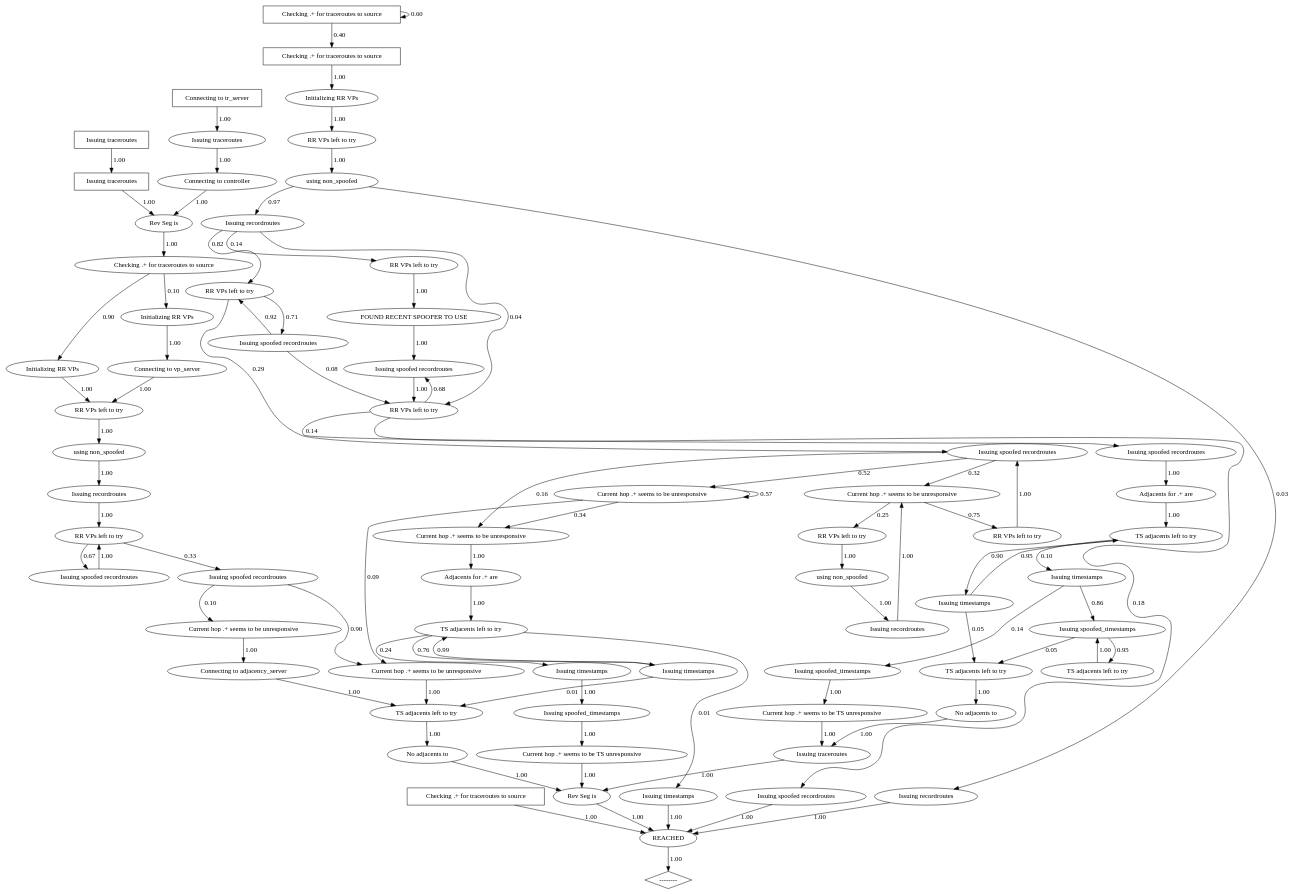
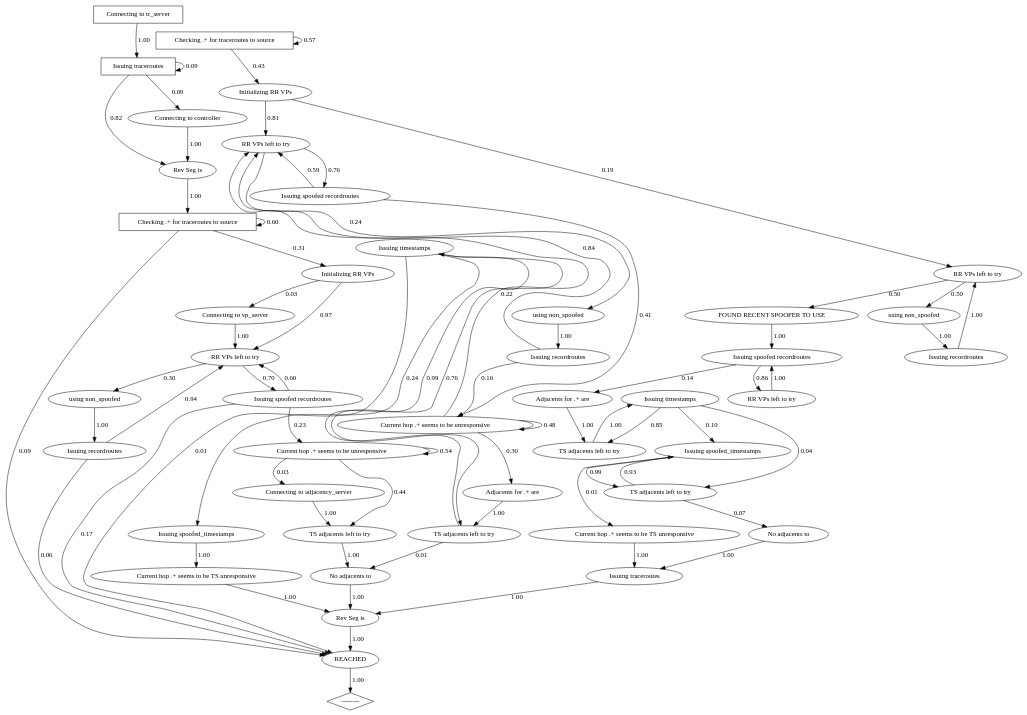
The diagram in output/reverseTraceroute/output.dot (ModelInference/synoptic), drawn with Graphviz before and after one commit. The commit also changed 4 other files, not shown here.

```diff
--- a/output/reverseTraceroute/output.dot
+++ b/output/reverseTraceroute/output.dot
@@ -1,156 +1,116 @@
 digraph {
-  1949589517 [label="Issuing recordroutes"];
-1949589517->496102288 [label="0.14", weight="0.14"];
-1949589517->2634125 [label="0.82", weight="0.82"];
-1949589517->1107264774 [label="0.04", weight="0.04"];
-  1901677475 [label="Checking .+ for traceroutes to source",shape=box];
-1901677475->805856089 [label="1.00", weight="1.00"];
-  2006746821 [label="Checking .+ for traceroutes to source",shape=box];
-2006746821->1901677475 [label="0.40", weight="0.40"];
-2006746821->2006746821 [label="0.60", weight="0.60"];
-  496102288 [label="RR VPs left to try"];
-496102288->1294712427 [label="1.00", weight="1.00"];
-  946479038 [label="REACHED"];
-946479038->593348385 [label="1.00", weight="1.00"];
-  1025601370 [label="Issuing spoofed recordroutes"];
-1025601370->2634125 [label="0.92", weight="0.92"];
-1025601370->1107264774 [label="0.08", weight="0.08"];
-  344326933 [label="Current hop .+ seems to be unresponsive"];
-344326933->997549142 [label="1.00", weight="1.00"];
-  1546867351 [label="No adjacents to"];
-1546867351->1783035748 [label="1.00", weight="1.00"];
-  805856089 [label="Initializing RR VPs"];
-805856089->2013138278 [label="1.00", weight="1.00"];
-  1374830890 [label="Issuing spoofed recordroutes"];
-1374830890->1107264774 [label="1.00", weight="1.00"];
-  657158900 [label="Checking .+ for traceroutes to source",shape=box];
-657158900->946479038 [label="1.00", weight="1.00"];
-  2071824233 [label="Issuing spoofed recordroutes"];
-2071824233->1205252169 [label="1.00", weight="1.00"];
-  307468946 [label="Issuing spoofed_timestamps"];
-307468946->1926235815 [label="1.00", weight="1.00"];
-  1926235815 [label="Current hop .+ seems to be TS unresponsive"];
-1926235815->1740598984 [label="1.00", weight="1.00"];
-  896545924 [label="Issuing timestamps"];
-896545924->2057836940 [label="0.01", weight="0.01"];
-896545924->990253721 [label="0.99", weight="0.99"];
-  997549142 [label="Adjacents for .+ are"];
-997549142->990253721 [label="1.00", weight="1.00"];
-  373882728 [label="Issuing timestamps"];
-373882728->1242350568 [label="0.05", weight="0.05"];
-373882728->590474163 [label="0.95", weight="0.95"];
-  990253721 [label="TS adjacents left to try"];
-990253721->989479912 [label="0.01", weight="0.01"];
-990253721->437942948 [label="0.24", weight="0.24"];
-990253721->896545924 [label="0.76", weight="0.76"];
-  1874717280 [label="Issuing spoofed_timestamps"];
-1874717280->764334724 [label="0.95", weight="0.95"];
-1874717280->1242350568 [label="0.05", weight="0.05"];
-  593348385 [label="--------",shape=diamond];
-  764334724 [label="TS adjacents left to try"];
-764334724->1874717280 [label="1.00", weight="1.00"];
-  1107264774 [label="RR VPs left to try"];
-1107264774->2071824233 [label="0.14", weight="0.14"];
-1107264774->1374830890 [label="0.68", weight="0.68"];
-1107264774->1790017034 [label="0.18", weight="0.18"];
-  557757116 [label="Current hop .+ seems to be unresponsive"];
-557757116->1080668767 [label="0.09", weight="0.09"];
-557757116->344326933 [label="0.34", weight="0.34"];
-557757116->557757116 [label="0.57", weight="0.57"];
-  1644911488 [label="Checking .+ for traceroutes to source"];
-1644911488->1884785139 [label="0.90", weight="0.90"];
-1644911488->784854229 [label="0.10", weight="0.10"];
-  29805724 [label="Connecting to vp_server"];
-29805724->1889382573 [label="1.00", weight="1.00"];
-  1650558309 [label="Issuing spoofed recordroutes"];
-1650558309->132202687 [label="0.10", weight="0.10"];
-1650558309->1080668767 [label="0.90", weight="0.90"];
-  603950563 [label="Issuing spoofed recordroutes"];
-603950563->588932657 [label="0.32", weight="0.32"];
-603950563->344326933 [label="0.16", weight="0.16"];
-603950563->557757116 [label="0.52", weight="0.52"];
-  1497874461 [label="Issuing spoofed recordroutes"];
-1497874461->1662875065 [label="1.00", weight="1.00"];
-  2013138278 [label="RR VPs left to try"];
-2013138278->391128018 [label="1.00", weight="1.00"];
-  1294712427 [label="FOUND RECENT SPOOFER TO USE"];
-1294712427->1374830890 [label="1.00", weight="1.00"];
-  588932657 [label="Current hop .+ seems to be unresponsive"];
-588932657->603544782 [label="0.25", weight="0.25"];
-588932657->1179441864 [label="0.75", weight="0.75"];
-  1740598984 [label="Rev Seg is"];
-1740598984->946479038 [label="1.00", weight="1.00"];
-  1205252169 [label="Adjacents for .+ are"];
-1205252169->590474163 [label="1.00", weight="1.00"];
-  1834410164 [label="Issuing traceroutes",shape=box];
-1834410164->1697951282 [label="1.00", weight="1.00"];
-  2634125 [label="RR VPs left to try"];
-2634125->603950563 [label="0.29", weight="0.29"];
-2634125->1025601370 [label="0.71", weight="0.71"];
-  1783035748 [label="Issuing traceroutes"];
-1783035748->1740598984 [label="1.00", weight="1.00"];
-  391128018 [label="using non_spoofed"];
-391128018->1949589517 [label="0.97", weight="0.97"];
-391128018->1021302339 [label="0.03", weight="0.03"];
-  590474163 [label="TS adjacents left to try"];
-590474163->931024108 [label="0.10", weight="0.10"];
-590474163->373882728 [label="0.90", weight="0.90"];
-  2057836940 [label="TS adjacents left to try"];
-2057836940->656993631 [label="1.00", weight="1.00"];
-  1080668767 [label="Current hop .+ seems to be unresponsive"];
-1080668767->2057836940 [label="1.00", weight="1.00"];
-  1179441864 [label="RR VPs left to try"];
-1179441864->603950563 [label="1.00", weight="1.00"];
-  437942948 [label="Issuing timestamps"];
-437942948->307468946 [label="1.00", weight="1.00"];
-  1889382573 [label="RR VPs left to try"];
-1889382573->1078978892 [label="1.00", weight="1.00"];
-  1662875065 [label="RR VPs left to try"];
-1662875065->1497874461 [label="0.67", weight="0.67"];
-1662875065->1650558309 [label="0.33", weight="0.33"];
-  1078978892 [label="using non_spoofed"];
-1078978892->1861733324 [label="1.00", weight="1.00"];
-  1790017034 [label="Issuing spoofed recordroutes"];
-1790017034->946479038 [label="1.00", weight="1.00"];
-  367805749 [label="Issuing recordroutes"];
-367805749->588932657 [label="1.00", weight="1.00"];
-  1242350568 [label="TS adjacents left to try"];
-1242350568->1546867351 [label="1.00", weight="1.00"];
-  656993631 [label="No adjacents to"];
-656993631->1740598984 [label="1.00", weight="1.00"];
-  1697951282 [label="Rev Seg is"];
-1697951282->1644911488 [label="1.00", weight="1.00"];
-  931024108 [label="Issuing timestamps"];
-931024108->1874717280 [label="0.86", weight="0.86"];
-931024108->1172198154 [label="0.14", weight="0.14"];
-  603544782 [label="RR VPs left to try"];
-603544782->1739580512 [label="1.00", weight="1.00"];
-  1021302339 [label="Issuing recordroutes"];
-1021302339->946479038 [label="1.00", weight="1.00"];
-  1884785139 [label="Initializing RR VPs"];
-1884785139->1889382573 [label="1.00", weight="1.00"];
-  1861733324 [label="Issuing recordroutes"];
-1861733324->1662875065 [label="1.00", weight="1.00"];
-  1739580512 [label="using non_spoofed"];
-1739580512->367805749 [label="1.00", weight="1.00"];
-  989479912 [label="Issuing timestamps"];
-989479912->946479038 [label="1.00", weight="1.00"];
-  1840118755 [label="Connecting to tr_server",shape=box];
-1840118755->1605346438 [label="1.00", weight="1.00"];
-  992428137 [label="Connecting to adjacency_server"];
-992428137->2057836940 [label="1.00", weight="1.00"];
-  33863601 [label="Connecting to controller"];
-33863601->1697951282 [label="1.00", weight="1.00"];
-  784854229 [label="Initializing RR VPs"];
-784854229->29805724 [label="1.00", weight="1.00"];
-  1605346438 [label="Issuing traceroutes"];
-1605346438->33863601 [label="1.00", weight="1.00"];
-  2024017678 [label="Current hop .+ seems to be TS unresponsive"];
-2024017678->1783035748 [label="1.00", weight="1.00"];
-  1172198154 [label="Issuing spoofed_timestamps"];
-1172198154->2024017678 [label="1.00", weight="1.00"];
-  272983323 [label="Issuing traceroutes",shape=box];
-272983323->1834410164 [label="1.00", weight="1.00"];
-  132202687 [label="Current hop .+ seems to be unresponsive"];
-132202687->992428137 [label="1.00", weight="1.00"];
+  1949589517 [label="Checking .+ for traceroutes to source",shape=box];
+1949589517->1685182312 [label="0.31", weight="0.31"];
+1949589517->373882728 [label="0.09", weight="0.09"];
+1949589517->1949589517 [label="0.60", weight="0.60"];
+  1901677475 [label="Issuing spoofed recordroutes"];
+1901677475->1585215636 [label="0.59", weight="0.59"];
+1901677475->2006746821 [label="0.41", weight="0.41"];
+  2006746821 [label="Current hop .+ seems to be unresponsive"];
+2006746821->1197875792 [label="0.30", weight="0.30"];
+2006746821->2006746821 [label="0.48", weight="0.48"];
+2006746821->1585215636 [label="0.22", weight="0.22"];
+  496102288 [label="Issuing timestamps"];
+496102288->365984831 [label="0.76", weight="0.76"];
+496102288->373882728 [label="0.01", weight="0.01"];
+496102288->344326933 [label="0.24", weight="0.24"];
+  946479038 [label="Initializing RR VPs"];
+946479038->1517596939 [label="0.19", weight="0.19"];
+946479038->1585215636 [label="0.81", weight="0.81"];
+  1025601370 [label="Current hop .+ seems to be unresponsive"];
+1025601370->1667685889 [label="0.03", weight="0.03"];
+1025601370->1025601370 [label="0.54", weight="0.54"];
+1025601370->557757116 [label="0.44", weight="0.44"];
+  344326933 [label="Issuing spoofed_timestamps"];
+344326933->593348385 [label="1.00", weight="1.00"];
+  1546867351 [label="Issuing timestamps"];
+1546867351->1374830890 [label="0.10", weight="0.10"];
+1546867351->1710293697 [label="0.85", weight="0.85"];
+1546867351->1959884287 [label="0.04", weight="0.04"];
+  1374830890 [label="Issuing spoofed_timestamps"];
+1374830890->1959884287 [label="0.99", weight="0.99"];
+1374830890->265621458 [label="0.01", weight="0.01"];
+  657158900 [label="Rev Seg is"];
+657158900->373882728 [label="1.00", weight="1.00"];
+  307468946 [label="RR VPs left to try"];
+307468946->2097261823 [label="1.00", weight="1.00"];
+  22558696 [label="RR VPs left to try"];
+22558696->603950563 [label="0.30", weight="0.30"];
+22558696->764334724 [label="0.70", weight="0.70"];
+  373882728 [label="REACHED"];
+373882728->907430540 [label="1.00", weight="1.00"];
+  990253721 [label="Adjacents for .+ are"];
+990253721->1710293697 [label="1.00", weight="1.00"];
+  1959884287 [label="TS adjacents left to try"];
+1959884287->1374830890 [label="0.93", weight="0.93"];
+1959884287->1392941214 [label="0.07", weight="0.07"];
+  365984831 [label="TS adjacents left to try"];
+365984831->496102288 [label="0.99", weight="0.99"];
+365984831->783943498 [label="0.01", weight="0.01"];
+  593348385 [label="Current hop .+ seems to be TS unresponsive"];
+593348385->657158900 [label="1.00", weight="1.00"];
+  1585215636 [label="RR VPs left to try"];
+1585215636->330932989 [label="0.24", weight="0.24"];
+1585215636->1901677475 [label="0.76", weight="0.76"];
+  764334724 [label="Issuing spoofed recordroutes"];
+764334724->1025601370 [label="0.23", weight="0.23"];
+764334724->373882728 [label="0.17", weight="0.17"];
+764334724->22558696 [label="0.60", weight="0.60"];
+  1167558429 [label="Checking .+ for traceroutes to source",shape=box];
+1167558429->1167558429 [label="0.57", weight="0.57"];
+1167558429->946479038 [label="0.43", weight="0.43"];
+  557757116 [label="TS adjacents left to try"];
+557757116->783943498 [label="1.00", weight="1.00"];
+  1392941214 [label="No adjacents to"];
+1392941214->139689301 [label="1.00", weight="1.00"];
+  603950563 [label="using non_spoofed"];
+603950563->1874519541 [label="1.00", weight="1.00"];
+  907430540 [label="--------",shape=diamond];
+  2634125 [label="Issuing recordroutes"];
+2634125->1585215636 [label="0.84", weight="0.84"];
+2634125->2006746821 [label="0.16", weight="0.16"];
+  2097261823 [label="Issuing spoofed recordroutes"];
+2097261823->990253721 [label="0.14", weight="0.14"];
+2097261823->307468946 [label="0.86", weight="0.86"];
+  1685182312 [label="Initializing RR VPs"];
+1685182312->1443747751 [label="0.03", weight="0.03"];
+1685182312->22558696 [label="0.97", weight="0.97"];
+  1710293697 [label="TS adjacents left to try"];
+1710293697->1546867351 [label="1.00", weight="1.00"];
+  594105569 [label="FOUND RECENT SPOOFER TO USE"];
+594105569->2097261823 [label="1.00", weight="1.00"];
+  139689301 [label="Issuing traceroutes"];
+139689301->657158900 [label="1.00", weight="1.00"];
+  63558014 [label="Issuing traceroutes",shape=box];
+63558014->1242155321 [label="0.82", weight="0.82"];
+63558014->63558014 [label="0.09", weight="0.09"];
+63558014->539410568 [label="0.09", weight="0.09"];
+  330932989 [label="using non_spoofed"];
+330932989->2634125 [label="1.00", weight="1.00"];
+  1517596939 [label="RR VPs left to try"];
+1517596939->828756248 [label="0.50", weight="0.50"];
+1517596939->594105569 [label="0.50", weight="0.50"];
+  519956410 [label="Issuing recordroutes"];
+519956410->1517596939 [label="1.00", weight="1.00"];
+  1242155321 [label="Rev Seg is"];
+1242155321->1949589517 [label="1.00", weight="1.00"];
+  1874519541 [label="Issuing recordroutes"];
+1874519541->373882728 [label="0.06", weight="0.06"];
+1874519541->22558696 [label="0.94", weight="0.94"];
+  783943498 [label="No adjacents to"];
+783943498->657158900 [label="1.00", weight="1.00"];
+  1667685889 [label="Connecting to adjacency_server"];
+1667685889->557757116 [label="1.00", weight="1.00"];
+  1197875792 [label="Adjacents for .+ are"];
+1197875792->365984831 [label="1.00", weight="1.00"];
+  539410568 [label="Connecting to controller"];
+539410568->1242155321 [label="1.00", weight="1.00"];
+  828756248 [label="using non_spoofed"];
+828756248->519956410 [label="1.00", weight="1.00"];
+  956404341 [label="Connecting to tr_server",shape=box];
+956404341->63558014 [label="1.00", weight="1.00"];
+  265621458 [label="Current hop .+ seems to be TS unresponsive"];
+265621458->139689301 [label="1.00", weight="1.00"];
+  1443747751 [label="Connecting to vp_server"];
+1443747751->22558696 [label="1.00", weight="1.00"];
 } // digraph
```
